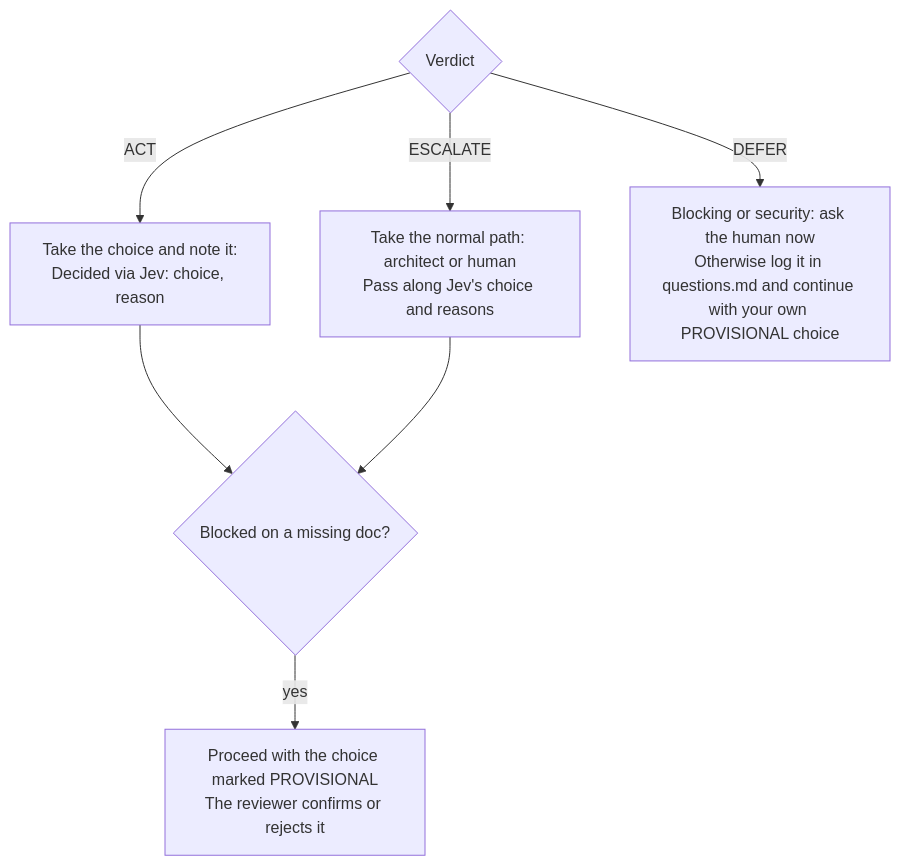
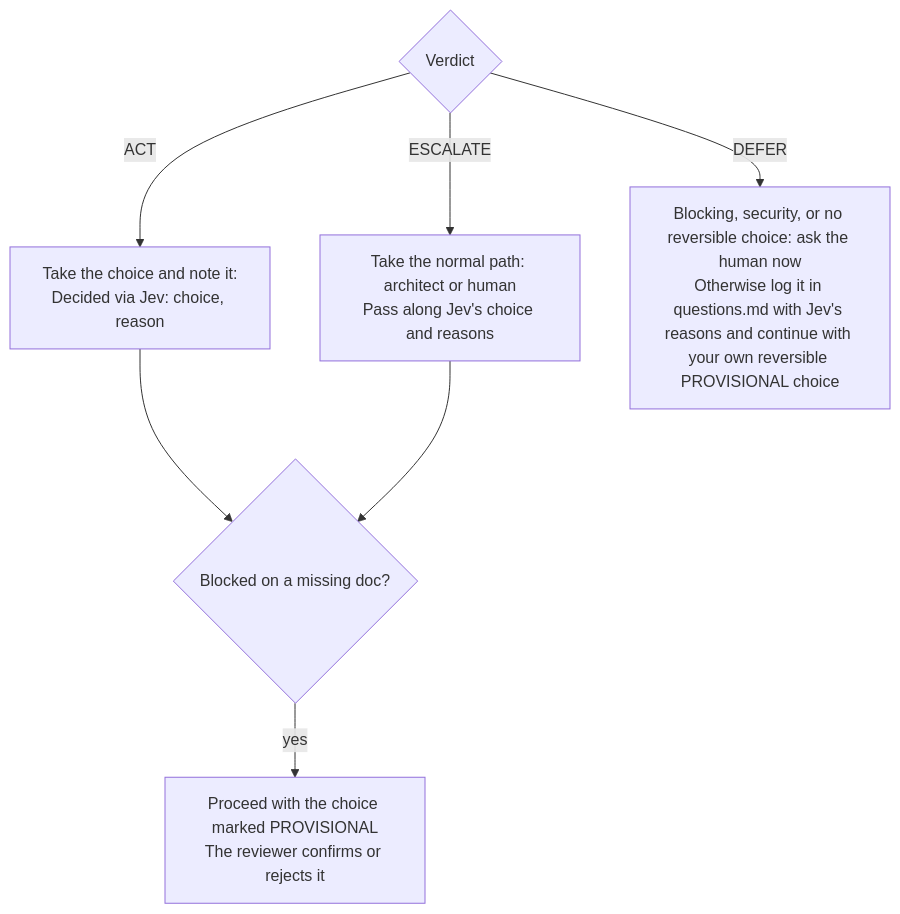
Before and after one commit to inf0rmer/agentic-workflow: the first of 2 diagrams in docs/decisions-with-jev.md, drawn with Mermaid. The commit also changed other lines of this file and 22 other files, not shown here.

````diff
--- a/docs/decisions-with-jev.md
+++ b/docs/decisions-with-jev.md
@@ -94,9 +94,9 @@
 ```mermaid
 flowchart TD
     V{"Verdict"} -->|"ACT"| A["Take the choice and note it:<br/>Decided via Jev: choice, reason"]
     V -->|"ESCALATE"| E["Take the normal path: architect or human<br/>Pass along Jev's choice and reasons"]
-    V -->|"DEFER"| D["Blocking or security: ask the human now<br/>Otherwise log it in questions.md and continue with your own PROVISIONAL choice"]
+    V -->|"DEFER"| D["Blocking, security, or no reversible choice: ask the human now<br/>Otherwise log it in questions.md with Jev's reasons and continue with your own reversible PROVISIONAL choice"]
     A --> P{"Blocked on a missing doc?"}
     E --> P
     P -->|"yes"| PR["Proceed with the choice marked PROVISIONAL<br/>The reviewer confirms or rejects it"]
 ```
````
